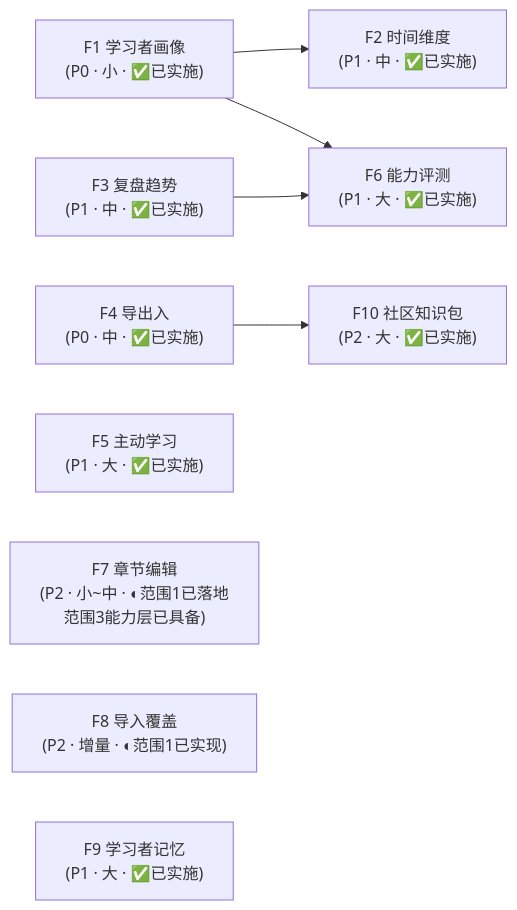
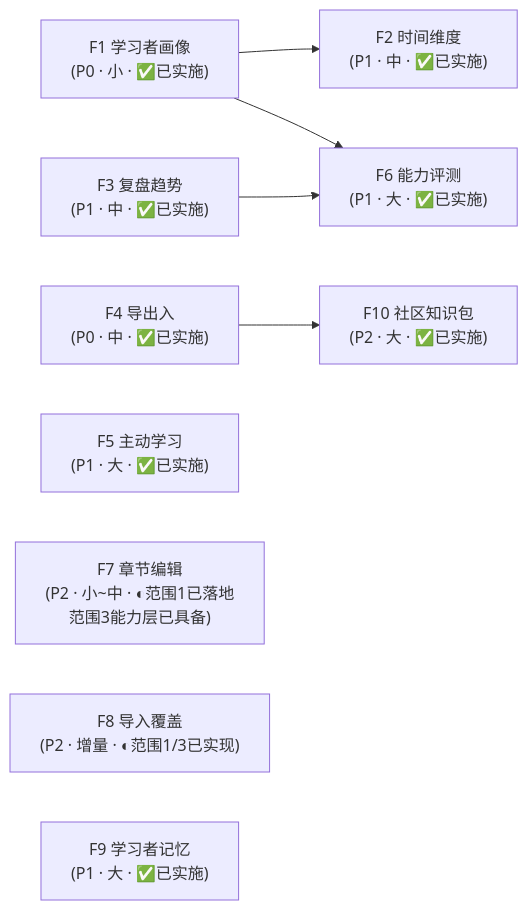
Before and after one commit to JackXuyi/Personal-Learning-OS: the diagram in docs/roadmap-next-features-plan-2026-09.md, drawn with Mermaid. The commit also changed other lines of this file and 4 other files, not shown here.

First line of the commit message:
docs: F8 范围 3（DOCX 导入）实施收尾（方案 / runbook / roadmap / README）

````diff
--- a/docs/roadmap-next-features-plan-2026-09.md
+++ b/docs/roadmap-next-features-plan-2026-09.md
@@ -485,24 +491,24 @@
 ```mermaid
 flowchart LR
     F1["F1 学习者画像<br/>(P0 · 小 · ✅已实施)"]
     F4["F4 导出入<br/>(P0 · 中 · ✅已实施)"]
     F3["F3 复盘趋势<br/>(P1 · 中 · ✅已实施)"]
     F2["F2 时间维度<br/>(P1 · 中 · ✅已实施)"]
     F5["F5 主动学习<br/>(P1 · 大 · ✅已实施)"]
     F6["F6 能力评测<br/>(P1 · 大 · ✅已实施)"]
     F7["F7 章节编辑<br/>(P2 · 小~中 · ◐范围1已落地<br/>范围3能力层已具备)"]
-    F8["F8 导入覆盖<br/>(P2 · 增量 · ◐范围1已实现)"]
+    F8["F8 导入覆盖<br/>(P2 · 增量 · ◐范围1/3已实现)"]
     F9["F9 学习者记忆<br/>(P1 · 大 · ✅已实施)"]
     F10["F10 社区知识包<br/>(P2 · 大 · ✅已实施)"]
 
     F1 --> F2
     F1 --> F6
     F3 --> F6
     F4 --> F10
     F4
     F5
     F7
     F8
     F9
     F10
 ```
````
